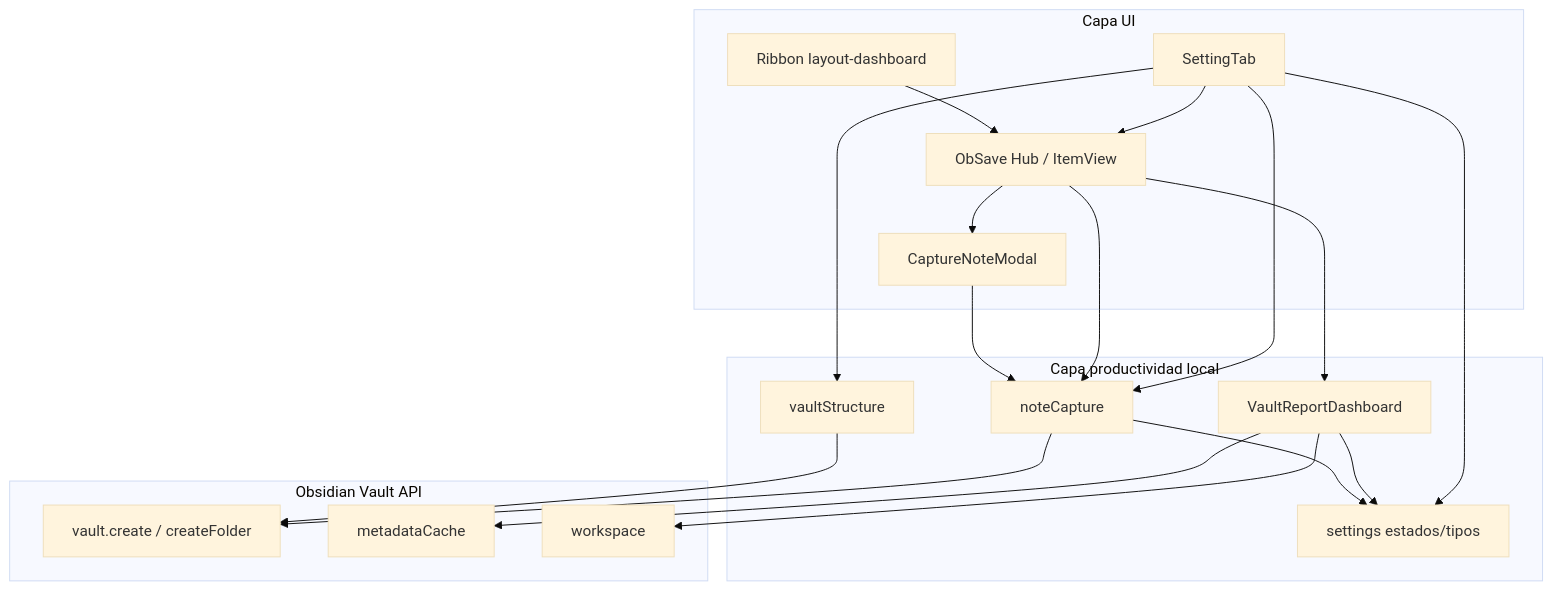
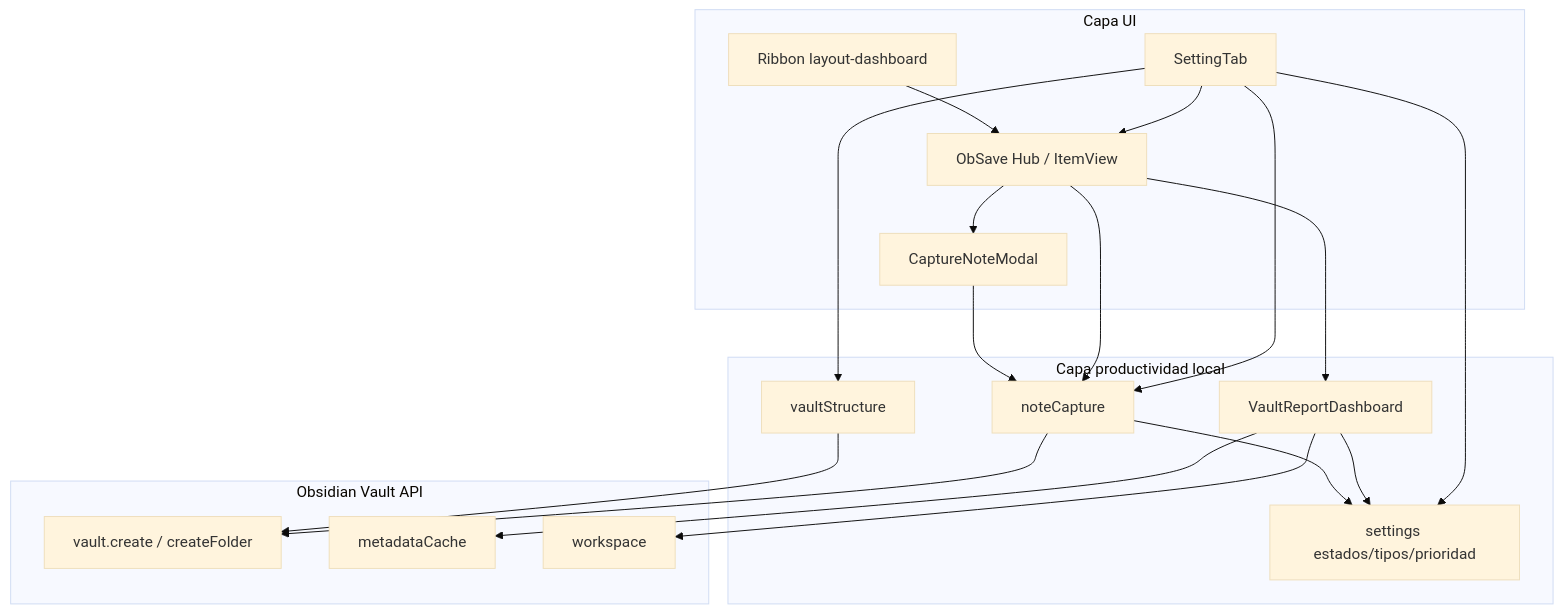
Before and after one commit to adastraforge/obsave: the diagram in .cursor/architecture.md, drawn with Mermaid (base theme). The commit also changed other lines of this file and 16 other files, not shown here.

````diff
--- a/.cursor/architecture.md
+++ b/.cursor/architecture.md
@@ -5,38 +5,38 @@
 ```mermaid
 flowchart TB
     subgraph UI["Capa UI"]
         ST[SettingTab]
         HV[ObSave Hub / ItemView]
         CM[CaptureNoteModal]
         RI[Ribbon layout-dashboard]
     end
 
     subgraph Prod["Capa productividad local"]
         NC[noteCapture]
         VS[vaultStructure]
         RD[VaultReportDashboard]
-        STG[settings estados/tipos]
+        STG[settings estados/tipos/prioridad]
     end
 
     subgraph Vault["Obsidian Vault API"]
         VA[vault.create / createFolder]
         MC[metadataCache]
         WS[workspace]
     end
 
     ST --> VS
     ST --> NC
     ST --> HV
     HV --> NC
     HV --> CM
     HV --> RD
     CM --> NC
     RI --> HV
     ST --> STG
     RD --> STG
     NC --> STG
     NC --> VA
     VS --> VA
     RD --> MC
     RD --> WS
 ```
````
